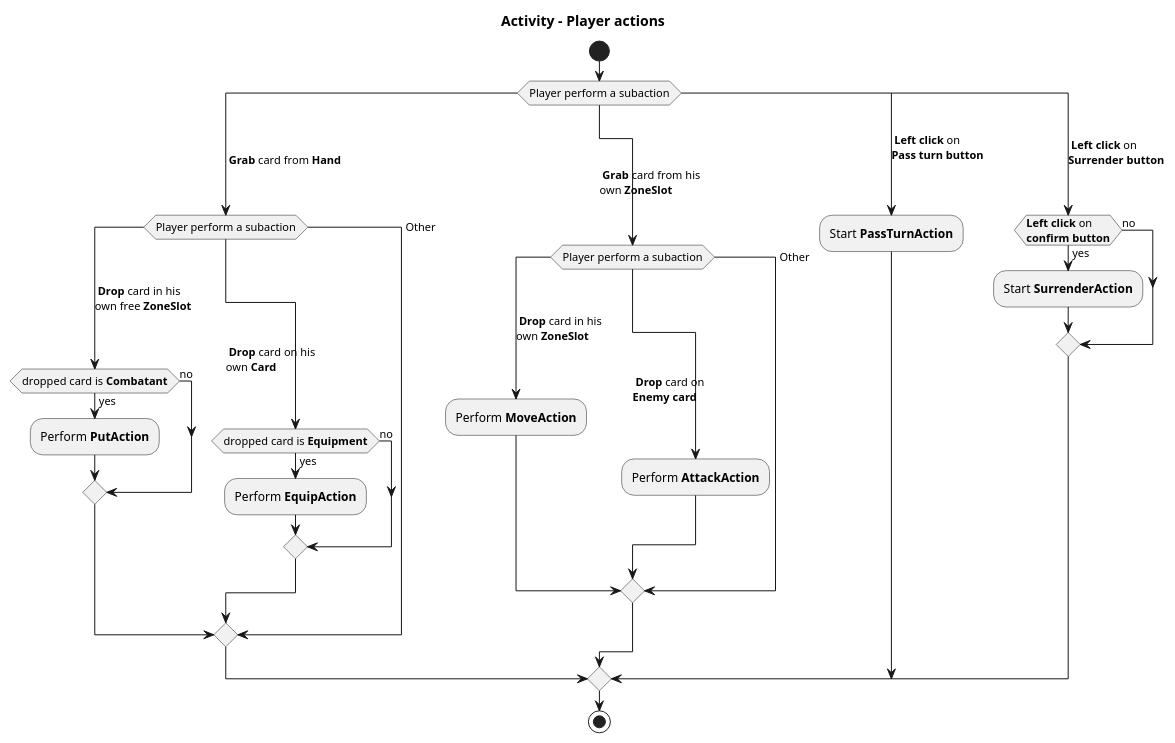
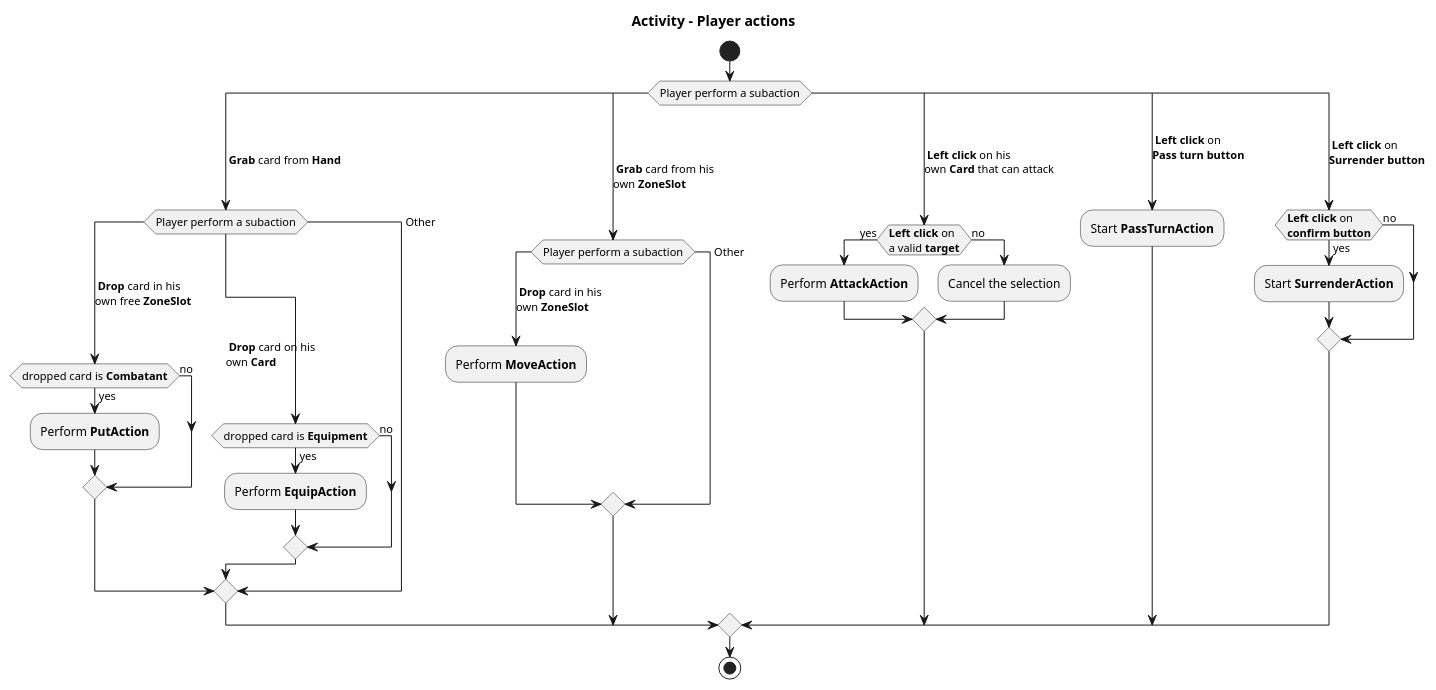
One commit to DainWs/Crazy-Random-Multiverse changed the diagram in docs/development/diagrams/activity-player_actions.plantuml. Above: the diagram before and after it, drawn with PlantUML. The commit also changed 16 other files, not shown here.

Commit message:
align the guides, diagrams and readme with the code

```diff
--- a/docs/development/diagrams/activity-player_actions.plantuml
+++ b/docs/development/diagrams/activity-player_actions.plantuml
@@ -1,47 +1,51 @@
 @startuml
 title "Activity - Player actions"
 !pragma useVerticalIf on
 
 start
 switch (Player perform a subaction)
 case (\n\n **Grab** card from **Hand**)
 
 	switch (Player perform a subaction)
 	case ( **Drop** card in his\nown free **ZoneSlot**)
 		if (dropped card is **Combatant**) then (yes)
 			:Perform **PutAction**;
 		else (no)
 		endif
 	case (\n\n\n\n **Drop** card on his\nown **Card**)
 		if (dropped card is **Equipment**) then (yes)
 			:Perform **EquipAction**;
 		else (no)
 		endif
 	case (Other)
 	endswitch
 
 case (\n\n\n **Grab** card from his\nown **ZoneSlot**)
 
 	switch (Player perform a subaction)
 	case ( **Drop** card in his\nown **ZoneSlot**)
 		:Perform **MoveAction**;
-	case (\n\n\n\n **Drop** card on\n**Enemy card**)
-		:Perform **AttackAction**;
 	case (Other)
 	endswitch
 
+case (\n\n **Left click** on his\nown **Card** that can attack)
+	if (**Left click** on\na valid **target**) then (yes)
+		:Perform **AttackAction**;
+	else (no)
+		:Cancel the selection;
+	endif
 case (\n **Left click** on\n**Pass turn button**)
 	:Start **PassTurnAction**;
 case (\n **Left click** on\n**Surrender button**)
 	if (**Left click** on\n**confirm button**) then (yes)
 		:Start **SurrenderAction**;
 	else (no)
 	endif
 endswitch
 
 
 
 
 
 stop
 @enduml
```
